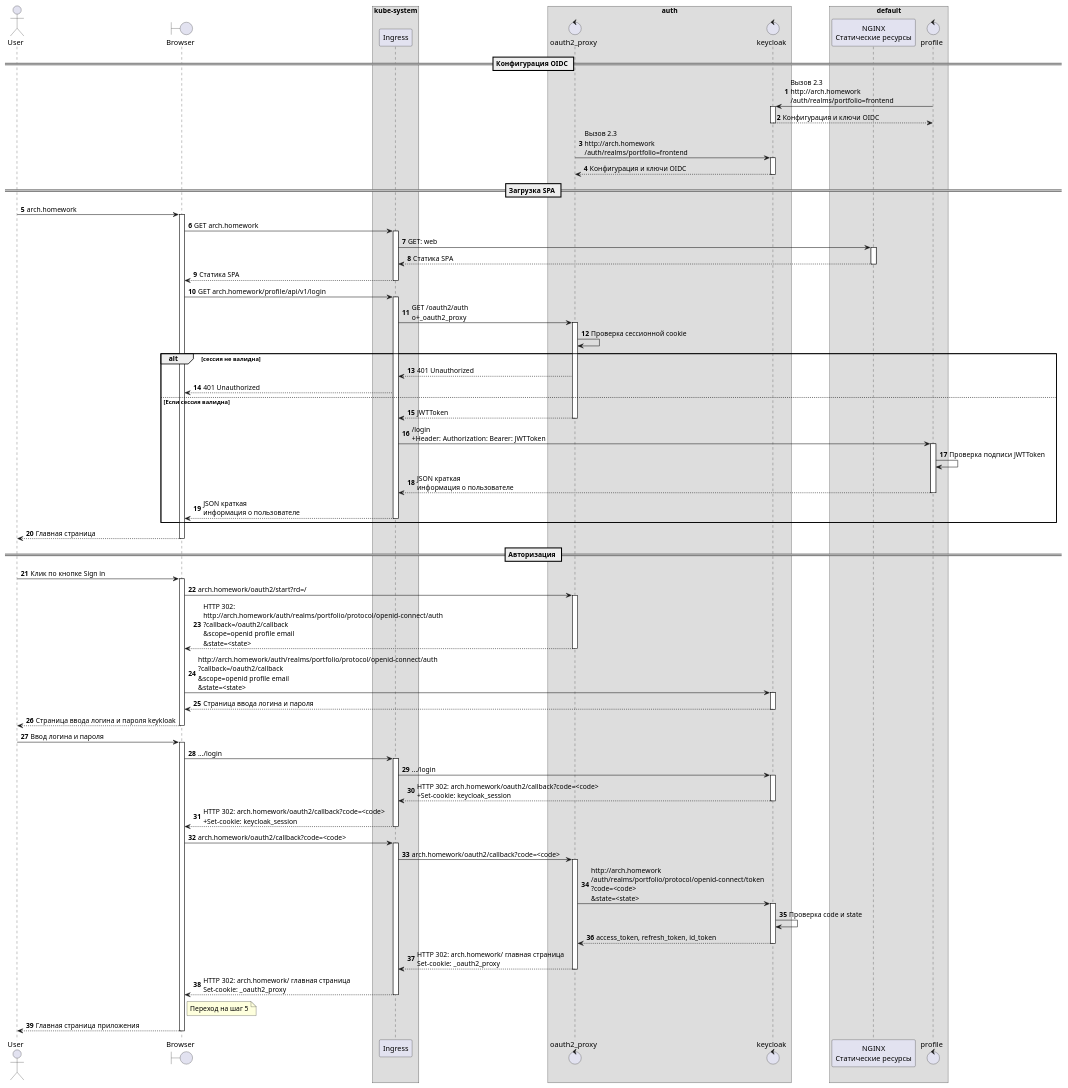
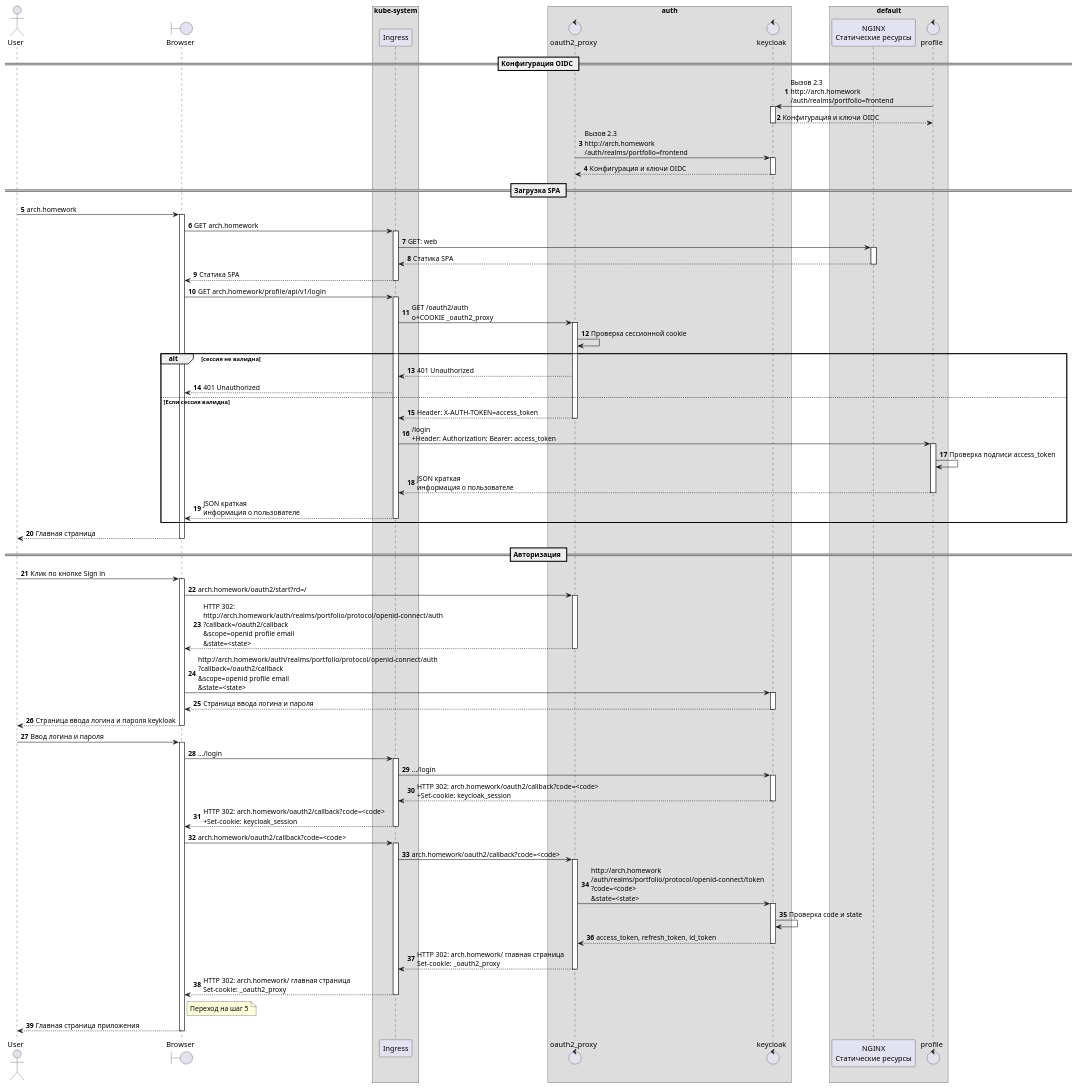
One commit to WWTLF/otus changed the diagram in otus2.11/uml/auth_goal.wsd. Above: the diagram before and after it, drawn with PlantUML. The commit also changed 3 other files, not shown here.

```diff
--- a/otus2.11/uml/auth_goal.wsd
+++ b/otus2.11/uml/auth_goal.wsd
@@ -1,109 +1,109 @@
 @startuml
 autonumber
 Actor User
 Boundary Browser
 box kube-system
 participant Ingress
 end box
 
 box auth
 control oauth2_proxy as oauth2
 control keycloak as OIDC
 end box
 
 box default
 participant "NGINX\nСтатические ресурсы" as WEB
 control profile
 end box
 == Конфигурация OIDC == 
 profile->OIDC: Вызов 2.3\nhttp://arch.homework\n/auth/realms/portfolio=frontend
 activate OIDC
 OIDC-->profile: Конфигурация и ключи OIDC
 deactivate OIDC
 oauth2->OIDC: Вызов 2.3\nhttp://arch.homework\n/auth/realms/portfolio=frontend
 activate OIDC
 OIDC-->oauth2: Конфигурация и ключи OIDC
 deactivate OIDC
 
 == Загрузка SPA ==
 
 User->Browser: arch.homework
 activate Browser
     Browser->Ingress: GET arch.homework
     activate Ingress
         Ingress->WEB: GET: web
         activate WEB
         WEB-->Ingress: Статика SPA
         deactivate WEB
     Ingress-->Browser:  Статика SPA
     deactivate Ingress
 
     Browser->Ingress: GET arch.homework/profile/api/v1/login
     activate Ingress
-        Ingress->oauth2: GET /oauth2/auth\no+_oauth2_proxy
+        Ingress->oauth2: GET /oauth2/auth\no+COOKIE _oauth2_proxy
         activate oauth2
         oauth2->oauth2: Проверка сессионной cookie
 alt сессия не валидна
         oauth2-->Ingress: 401 Unauthorized        
     Ingress-->Browser: 401 Unauthorized
 else Если сессия валидна
-    oauth2-->Ingress: JWTToken
+    oauth2-->Ingress: Header: X-AUTH-TOKEN=access_token
     deactivate oauth2
-    Ingress->profile: /login\n+Header: Authorization: Bearer: JWTToken
+    Ingress->profile: /login\n+Header: Authorization: Bearer: access_token
     activate profile
-    profile->profile: Проверка подписи JWTToken
+    profile->profile: Проверка подписи access_token
     profile-->Ingress: JSON краткая\nинформация о пользователе
     deactivate profile
     Ingress-->Browser: JSON краткая\nинформация о пользователе
     deactivate Ingress
 end
     
     
 Browser-->User: Главная страница
 deactivate Browser
 
 == Авторизация ==
 
 User->Browser: Клик по кнопке Sign in
 activate Browser
     Browser->oauth2: arch.homework/oauth2/start?rd=/
     activate oauth2
     oauth2-->Browser: HTTP 302:\nhttp://arch.homework/auth/realms/portfolio/protocol/openid-connect/auth\n?callback=/oauth2/callback\n&scope=openid profile email\n&state=<state>
     deactivate oauth2
 
     Browser->OIDC: http://arch.homework/auth/realms/portfolio/protocol/openid-connect/auth\n?callback=/oauth2/callback\n&scope=openid profile email\n&state=<state>
     activate OIDC
     OIDC-->Browser: Страница ввода логина и пароля
     deactivate OIDC
 Browser-->User: Страница ввода логина и пароля keykloak
 deactivate Browser
 
 User->Browser: Ввод логина и пароля
 activate Browser
     Browser->Ingress: .../login
     activate Ingress
         Ingress->OIDC: .../login
         activate OIDC
         OIDC-->Ingress: HTTP 302: arch.homework/oauth2/callback?code=<code>\n+Set-cookie: keycloak_session
         deactivate OIDC
     Ingress-->Browser: HTTP 302: arch.homework/oauth2/callback?code=<code>\n+Set-cookie: keycloak_session
     deactivate Ingress
 
     Browser->Ingress: arch.homework/oauth2/callback?code=<code>
     activate Ingress
         Ingress->oauth2: arch.homework/oauth2/callback?code=<code>
         activate oauth2
             oauth2->OIDC: http://arch.homework\n/auth/realms/portfolio/protocol/openid-connect/token\n?code=<code>\n&state=<state>
             activate OIDC
             OIDC->OIDC: Проверка code и state
             OIDC-->oauth2: access_token, refresh_token, id_token
             deactivate OIDC
         oauth2-->Ingress: HTTP 302: arch.homework/ главная страница\nSet-cookie: _oauth2_proxy
         deactivate oauth2   
     Ingress-->Browser: HTTP 302: arch.homework/ главная страница\nSet-cookie: _oauth2_proxy
     deactivate Ingress
     note right of Browser: Переход на шаг 5
 Browser-->User: Главная страница приложения
 deactivate Browser
 
 @enduml
```
